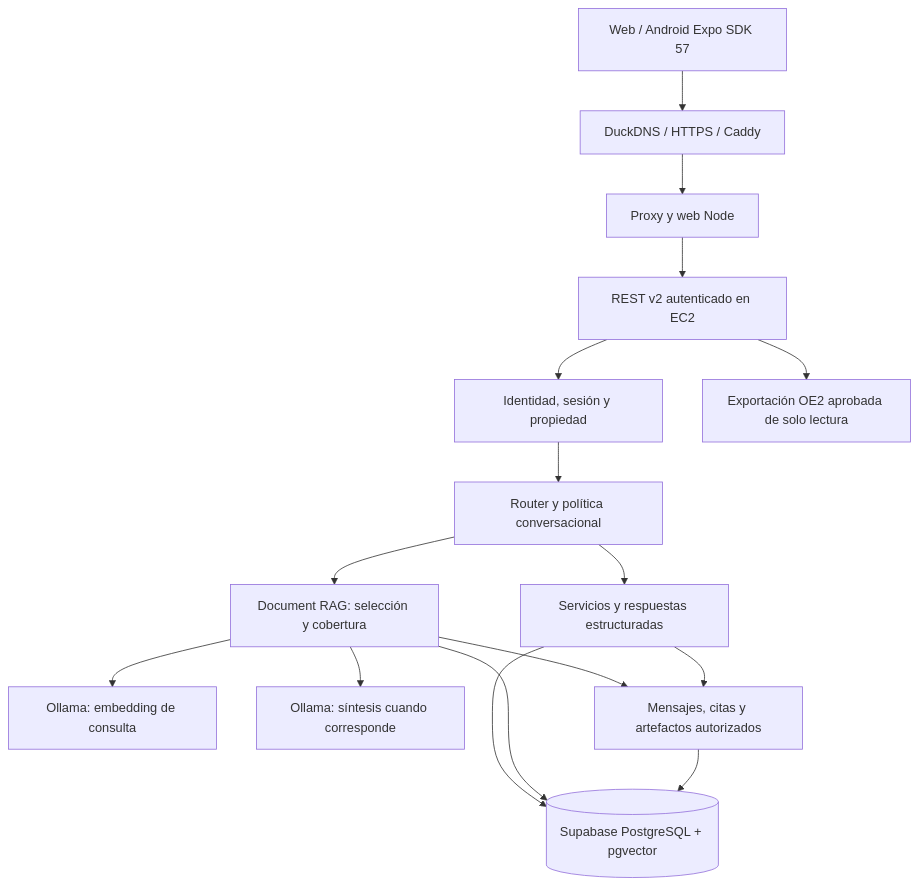
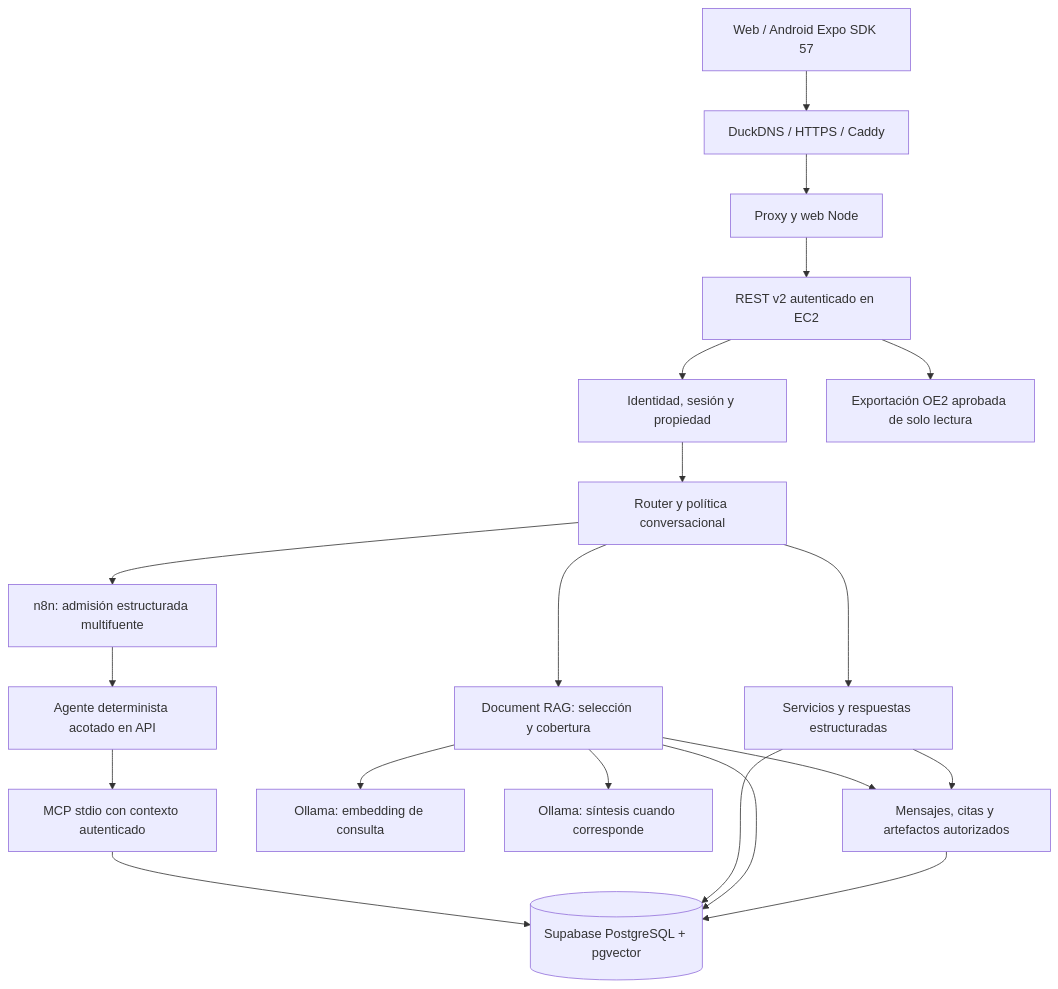
Before and after one commit to XeyKG/BanuChat_: the diagram in docs/arquitectura.md, drawn with Mermaid. The commit also changed other lines of this file and 37 other files, not shown here.

````diff
--- a/docs/arquitectura.md
+++ b/docs/arquitectura.md
@@ -7,18 +7,22 @@
 ```mermaid
 flowchart TD
     Clients[Web / Android Expo SDK 57] --> Edge[DuckDNS / HTTPS / Caddy]
     Edge --> Proxy[Proxy y web Node]
     Proxy --> API[REST v2 autenticado en EC2]
     API --> Auth[Identidad, sesión y propiedad]
     Auth --> Router[Router y política conversacional]
     Router --> Fast[Servicios y respuestas estructuradas]
     Router --> RAG[Document RAG: selección y cobertura]
+    Router --> N8N[n8n: admisión estructurada multifuente]
+    N8N --> Agent[Agente determinista acotado en API]
+    Agent --> MCP[MCP stdio con contexto autenticado]
+    MCP --> DB
     Fast --> DB[(Supabase PostgreSQL + pgvector)]
     RAG --> DB
     RAG --> Emb[Ollama: embedding de consulta]
     RAG --> Gen[Ollama: síntesis cuando corresponde]
     API --> OE2[Exportación OE2 aprobada de solo lectura]
     RAG --> Persist[Mensajes, citas y artefactos autorizados]
     Fast --> Persist
     Persist --> DB
 ```
````
